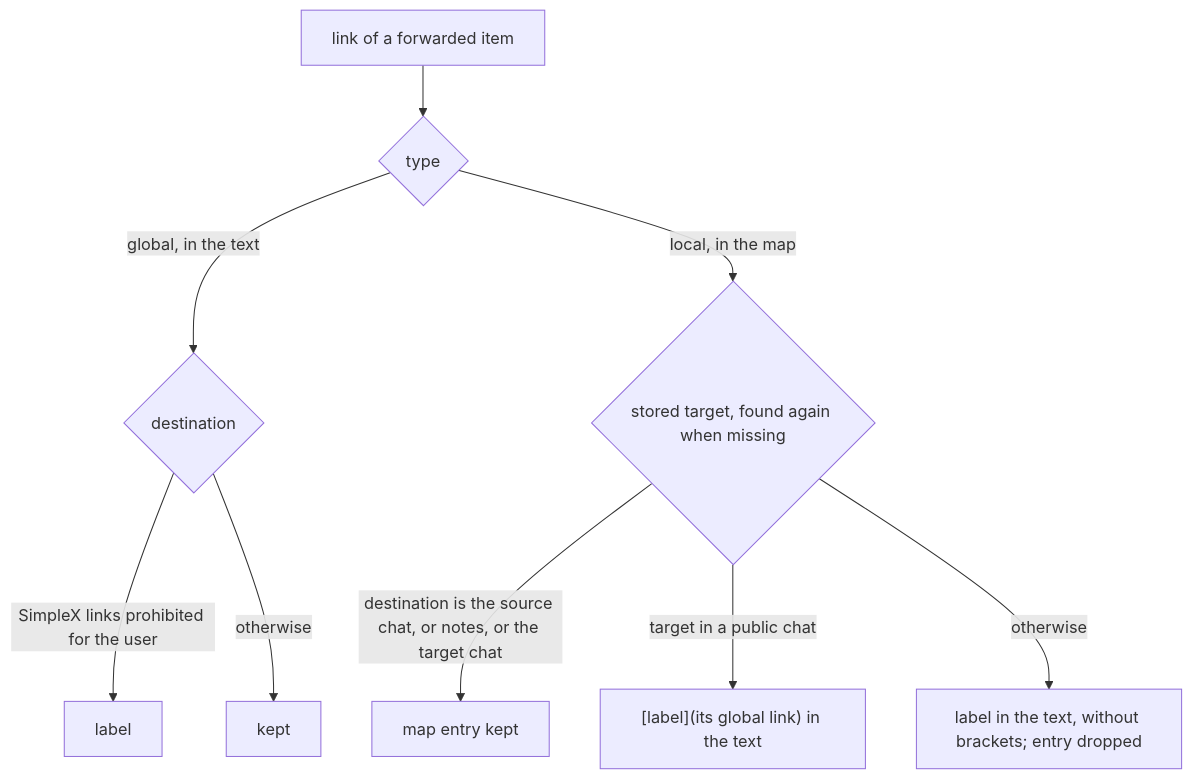
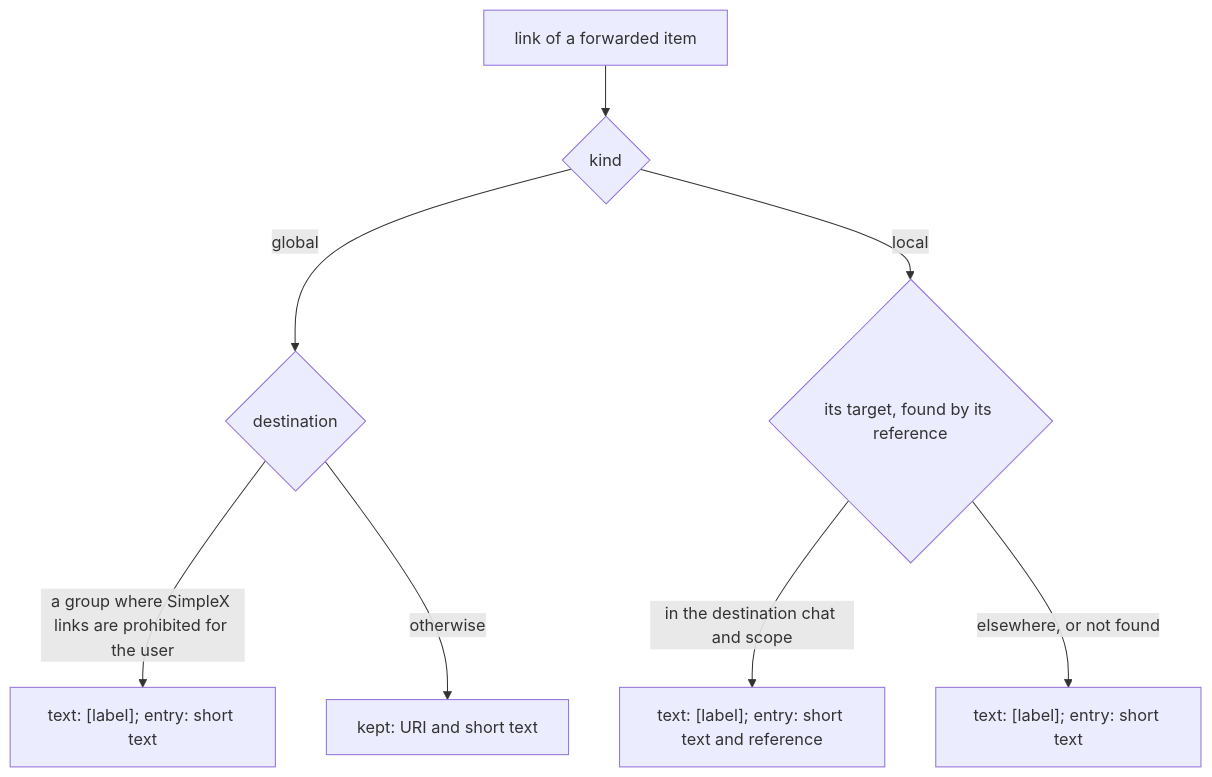
One commit to evgeny-simplex/simplex-chat changed the fourth of 6 diagrams in plans/2026-11-22-message-references.md. Above: the diagram before and after it, drawn with Mermaid. The commit also changed other lines of this file, not shown here.

Commit message:
core: plan short texts and same-chat references in link maps

````diff
--- a/plans/2026-11-22-message-references.md
+++ b/plans/2026-11-22-message-references.md
@@ -364,11 +417,10 @@
 ```mermaid
 flowchart TD
-  F[link of a forwarded item] --> T{type}
-  T -->|global, in the text| G{destination}
-  G -->|SimpleX links prohibited for the user| GL[label]
-  G -->|otherwise| GK[kept]
-  T -->|local, in the map| D{stored target, found again when missing}
-  D -->|destination is the source chat, or notes, or the target chat| LK[map entry kept]
-  D -->|target in a public chat| LG["[label](its global link) in the text"]
-  D -->|otherwise| LL[label in the text, without brackets; entry dropped]
+  F[link of a forwarded item] --> T{kind}
+  T -->|global| G{destination}
+  G -->|a group where SimpleX links are prohibited for the user| GL["text: [label]; entry: short text"]
+  G -->|otherwise| GK[kept: URI and short text]
+  T -->|local| D{its target, found by its reference}
+  D -->|in the destination chat and scope| LK["text: [label]; entry: short text and reference"]
+  D -->|elsewhere, or not found| LT["text: [label]; entry: short text"]
 ```
````
